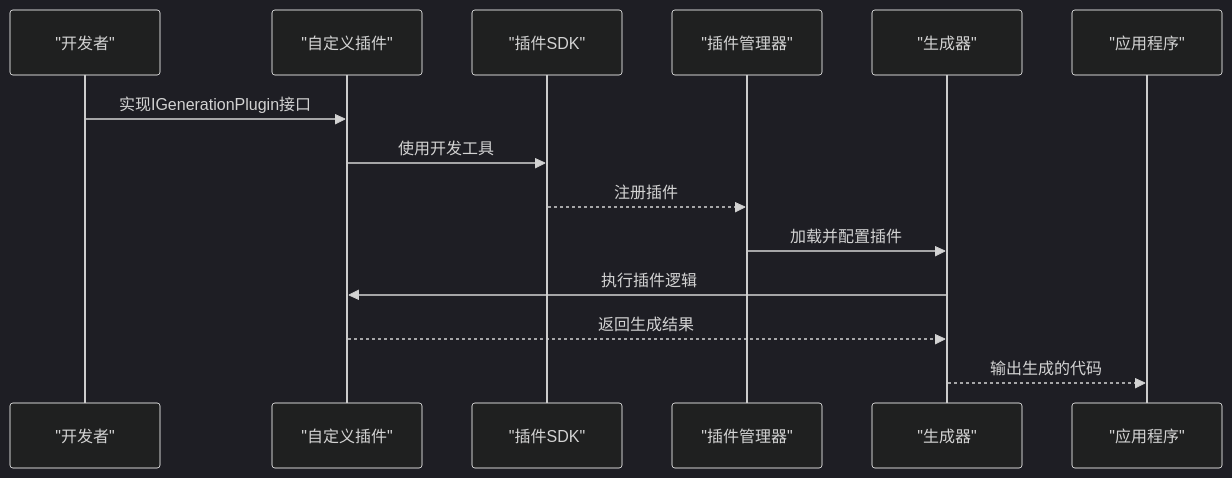
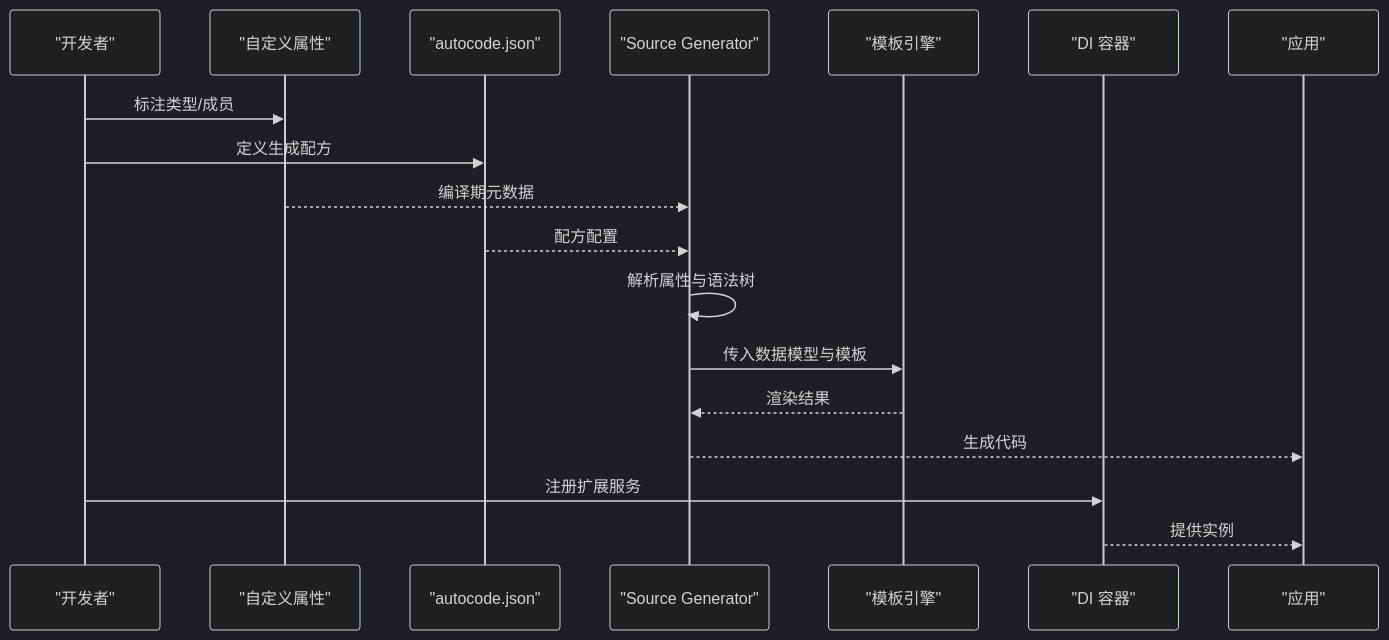
The second of 9 diagrams in .qoder/repowiki/zh/content/扩展开发/扩展开发.md (alivy/AutoCode), drawn with Mermaid (dark theme) before and after one commit. The commit also changed other lines of this file and 279 other files, not shown here.

````diff
--- a/.qoder/repowiki/zh/content/扩展开发/扩展开发.md
+++ b/.qoder/repowiki/zh/content/扩展开发/扩展开发.md
@@ -116,16 +177,20 @@
 ```mermaid
 sequenceDiagram
 participant Dev as "开发者"
-participant Plugin as "自定义插件"
-participant SDK as "插件SDK"
-participant Manager as "插件管理器"
-participant Generator as "生成器"
-participant App as "应用程序"
-Dev->>Plugin : 实现IGenerationPlugin接口
-Plugin->>SDK : 使用开发工具
-SDK-->>Manager : 注册插件
-Manager->>Generator : 加载并配置插件
-Generator->>Plugin : 执行插件逻辑
-Plugin-->>Generator : 返回生成结果
-Generator-->>App : 输出生成的代码
+participant Attr as "自定义属性"
+participant Config as "autocode.json"
+participant SG as "Source Generator"
+participant TE as "模板引擎"
+participant DI as "DI 容器"
+participant App as "应用"
+Dev->>Attr : 标注类型/成员
+Dev->>Config : 定义生成配方
+Attr-->>SG : 编译期元数据
+Config-->>SG : 配方配置
+SG->>SG : 解析属性与语法树
+SG->>TE : 传入数据模型与模板
+TE-->>SG : 渲染结果
+SG-->>App : 生成代码
+Dev->>DI : 注册扩展服务
+DI-->>App : 提供实例
 ```
````
